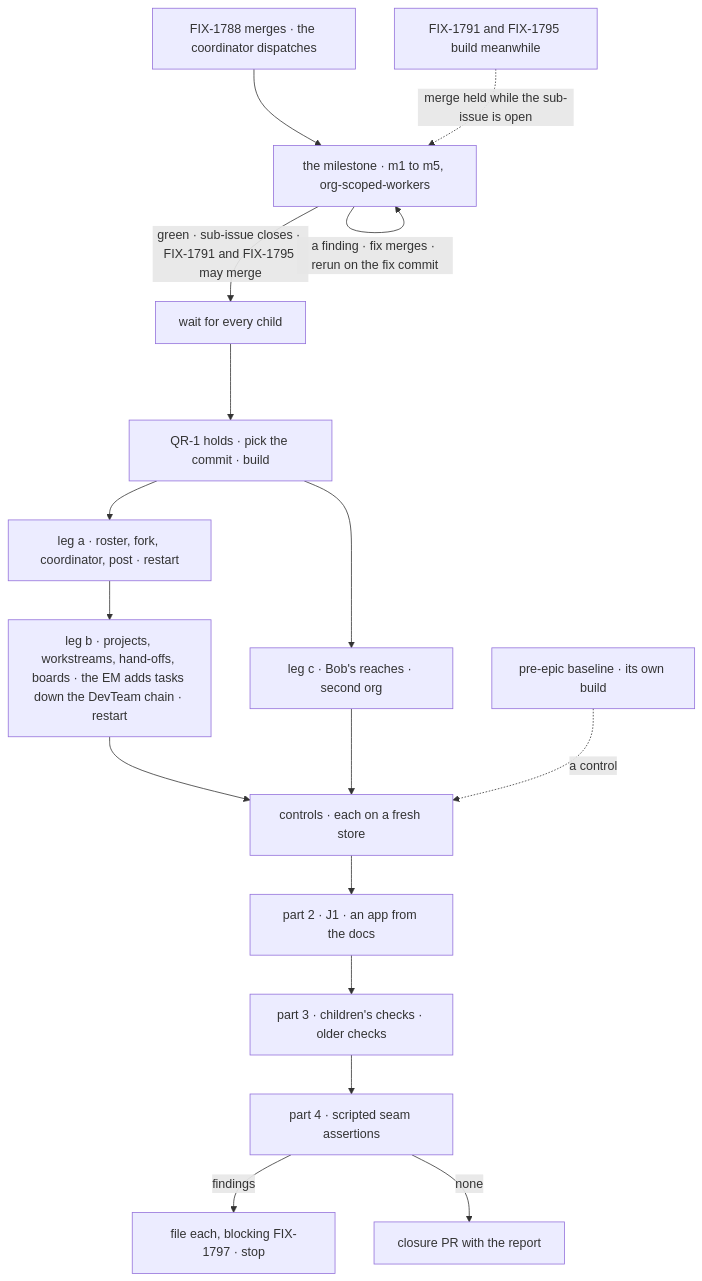
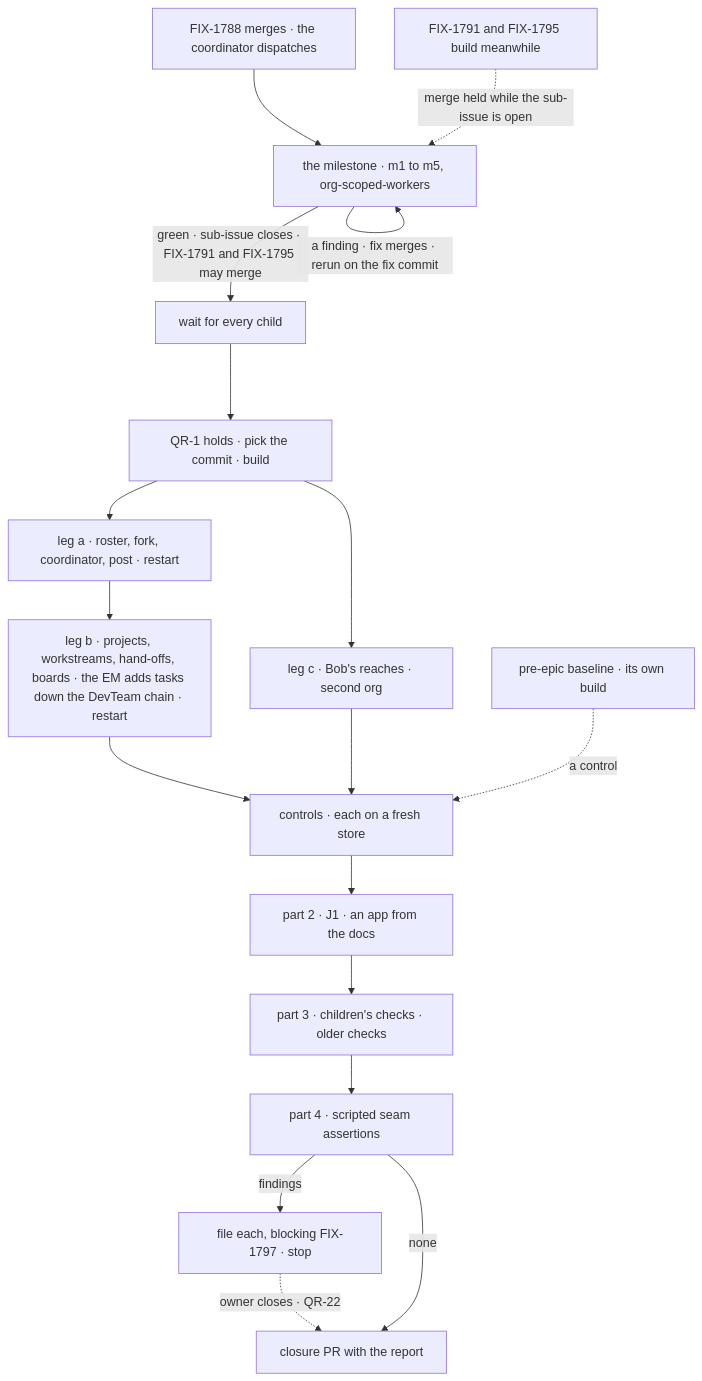
One commit to fixpoint-labs/flow-state-dev changed the diagram in specs/issues/FIX-1797/PLAN.md. Above: the diagram before and after it, drawn with Mermaid. The commit also changed other lines of this file and 6 other files, not shown here.

````diff
--- a/specs/issues/FIX-1797/PLAN.md
+++ b/specs/issues/FIX-1797/PLAN.md
@@ -23,19 +25,20 @@
 ```mermaid
 flowchart TD
   M0["FIX-1788 merges · the coordinator dispatches"] --> MS["the milestone · m1 to m5, org-scoped-workers"]
   MS -->|"a finding · fix merges · rerun on the fix commit"| MS
   MS -->|"green · sub-issue closes · FIX-1791 and FIX-1795 may merge"| W["wait for every child"]
   M1["FIX-1791 and FIX-1795 build meanwhile"] -.->|"merge held while the sub-issue is open"| MS
   W --> M["QR-1 holds · pick the commit · build"]
   M --> A["leg a · roster, fork, coordinator, post · restart"]
   A --> B["leg b · projects, workstreams, hand-offs, boards · the EM adds tasks down the DevTeam chain · restart"]
   M --> C["leg c · Bob's reaches · second org"]
   B --> K["controls · each on a fresh store"]
   C --> K
   T["pre-epic baseline · its own build"] -.->|"a control"| K
   K --> J["part 2 · J1 · an app from the docs"]
   J --> P3["part 3 · children's checks · older checks"]
   P3 --> P4["part 4 · scripted seam assertions"]
   P4 -->|"findings"| F["file each, blocking FIX-1797 · stop"]
+  F -.->|"owner closes · QR-22"| PR
   P4 -->|"none"| PR["closure PR with the report"]
 ```
````
